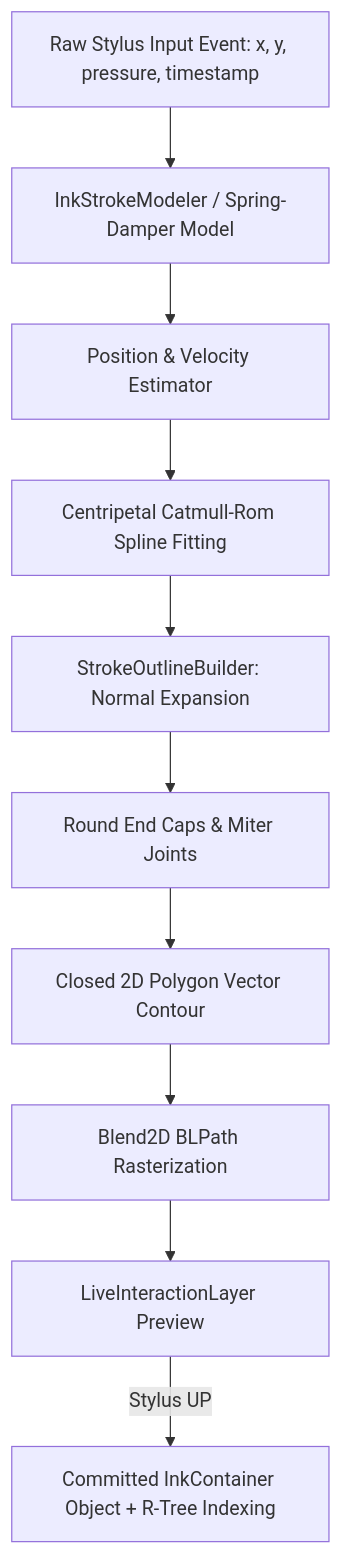
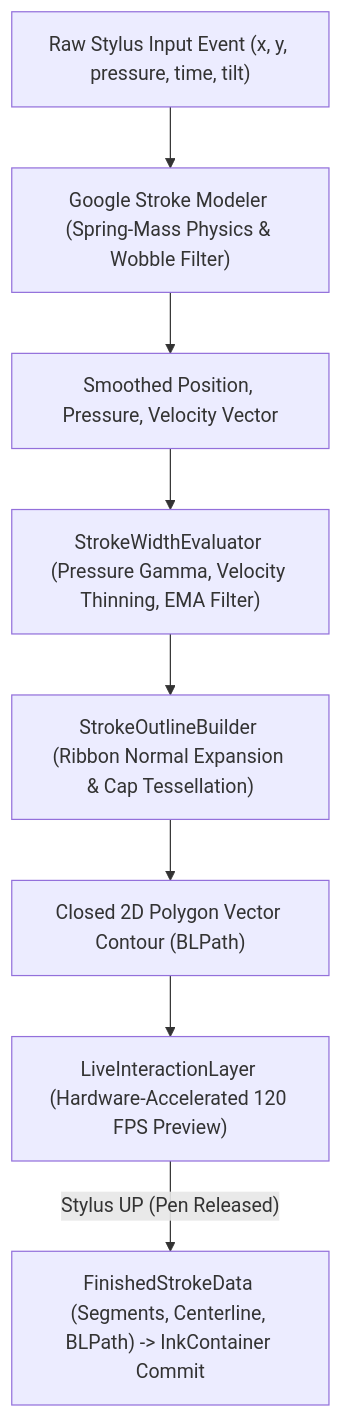
The diagram in src/core/ink_engine/README.md (3dWonderGuy/FolioNote), drawn with Mermaid before and after one commit. The commit also changed other lines of this file and 13 other files, not shown here.

Commit message:
cleaned up the inking engien, seems to be clean enough, moing on to inck stroke collion and outline builder, I would need to clean up the ining config as well, and implement post prosessing

````diff
--- a/src/core/ink_engine/README.md
+++ b/src/core/ink_engine/README.md
@@ -23,12 +25,10 @@
 ```mermaid
 graph TD
-    A[Raw Stylus Input Event: x, y, pressure, timestamp] --> B[InkStrokeModeler / Spring-Damper Model]
-    B --> C[Position & Velocity Estimator]
-    C --> D[Centripetal Catmull-Rom Spline Fitting]
-    D --> E[StrokeOutlineBuilder: Normal Expansion]
-    E --> F[Round End Caps & Miter Joints]
-    F --> G[Closed 2D Polygon Vector Contour]
-    G --> H[Blend2D BLPath Rasterization]
-    H --> I[LiveInteractionLayer Preview]
-    I -->|Stylus UP| J[Committed InkContainer Object + R-Tree Indexing]
+    A["Raw Stylus Input Event (x, y, pressure, time, tilt)"] --> B["Google Stroke Modeler (Spring-Mass Physics & Wobble Filter)"]
+    B --> C["Smoothed Position, Pressure, Velocity Vector"]
+    C --> D["StrokeWidthEvaluator (Pressure Gamma, Velocity Thinning, EMA Filter)"]
+    D --> E["StrokeOutlineBuilder (Ribbon Normal Expansion & Cap Tessellation)"]
+    E --> F["Closed 2D Polygon Vector Contour (BLPath)"]
+    F --> G["LiveInteractionLayer (Hardware-Accelerated 120 FPS Preview)"]
+    G -->|"Stylus UP (Pen Released)"| H["FinishedStrokeData (Segments, Centerline, BLPath) -> InkContainer Commit"]
 ```
````
